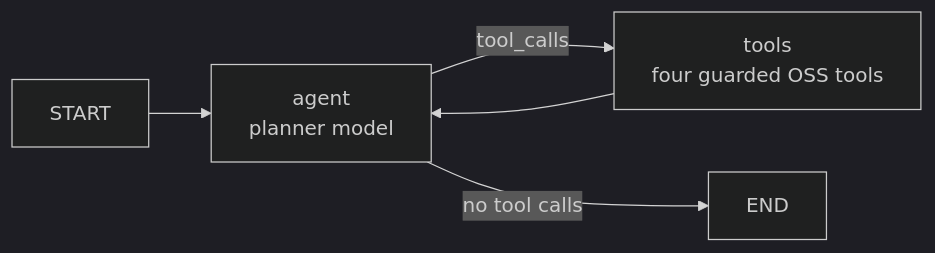
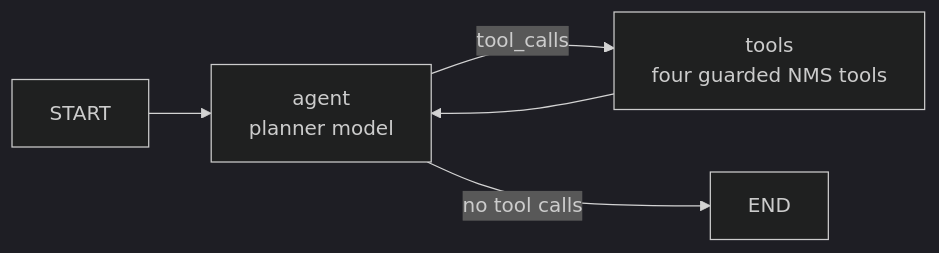
One commit to codetalks-hw/a2a-t-sdk-python changed the ninth of 9 diagrams in a2a-t-sample/ran-energy-saving/README.md. Above: the diagram before and after it, drawn with Mermaid (dark theme). The commit also changed other lines of this file and 1 other file, not shown here.

First line of the commit message:
docs(ran-sample): add a business view and correct the oss role

````diff
--- a/a2a-t-sample/ran-energy-saving/README.md
+++ b/a2a-t-sample/ran-energy-saving/README.md
@@ -833,7 +870,7 @@
 ```mermaid
 flowchart LR
     START --> A[agent<br/>planner model]
-    A -- tool_calls --> T[tools<br/>four guarded OSS tools]
+    A -- tool_calls --> T[tools<br/>four guarded NMS tools]
     T --> A
     A -- no tool calls --> END
 ```
````
